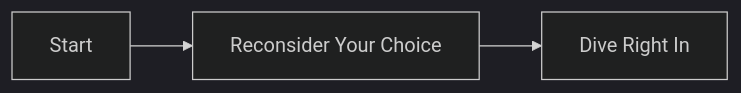
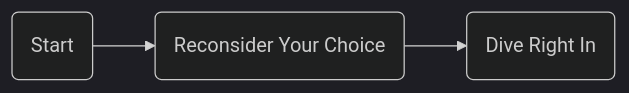
Before and after one commit to jpratt-mru/mermaid-test: the second of 2 diagrams in README.md, drawn with Mermaid (dark theme).

````diff
--- a/README.md
+++ b/README.md
@@ -19,4 +19,8 @@
 ```mermaid
 graph LR
-    Start --> id1[Reconsider Your Choice] --> id2[Dive Right In]
+    id0(Start)
+    id1(Reconsider Your Choice)
+    id2(Dive Right In)
+    
+    id0 --> id1 --> id2    
 ```
````
